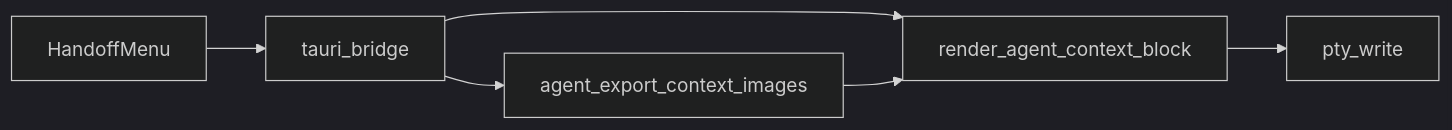
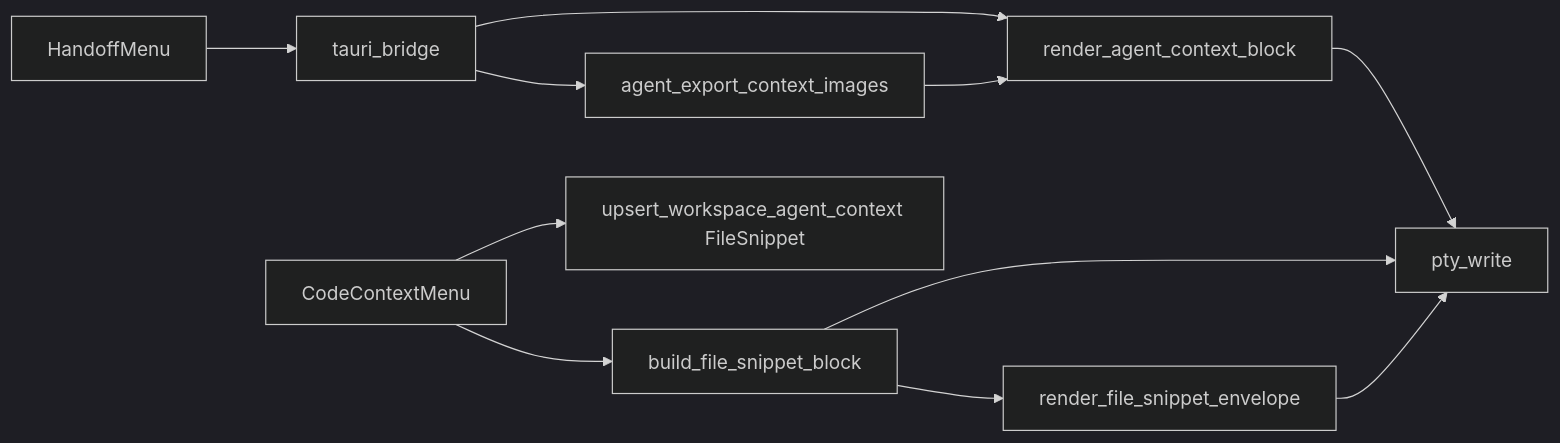
Before and after one commit to Bitslix/BLXCode: the fifth of 5 diagrams in docs/developer/architecture.md, drawn with Mermaid (dark theme). The commit also changed other lines of this file, not shown here.

Commit message:
docs(architecture): document drag-range selection, right-click menu, and FileSnippet handoff
Brings the developer architecture doc up to date with the new
CodeView selection model (Option<(usize, usize)> + window-level
mouseup), the code_context_menu module, build_file_snippet_block,
render_file_snippet_envelope, list_terminal_targets_all_workspaces,
the AgentContextItem.content field + FileSnippet kind, and the
backend prompt-renderer section for inline file snippets.

````diff
--- a/docs/developer/architecture.md
+++ b/docs/developer/architecture.md
@@ -212,13 +216,22 @@
 ```mermaid
 flowchart LR
   UI[HandoffMenu]
+  CodeMenu[CodeContextMenu]
   Bridge[tauri_bridge]
   Export[agent_export_context_images]
-  Render[render_agent_context_block]
+  RenderFull[render_agent_context_block]
+  RenderSnip[render_file_snippet_envelope]
+  BuildSnip[build_file_snippet_block]
+  AgentCtx[upsert_workspace_agent_context FileSnippet]
   Pty[pty_write]
   UI --> Bridge
   Bridge --> Export
-  Bridge --> Render
-  Export --> Render
-  Render --> Pty
+  Bridge --> RenderFull
+  Export --> RenderFull
+  RenderFull --> Pty
+  CodeMenu --> BuildSnip
+  CodeMenu --> AgentCtx
+  BuildSnip --> RenderSnip
+  BuildSnip --> Pty
+  RenderSnip --> Pty
 ```
````
